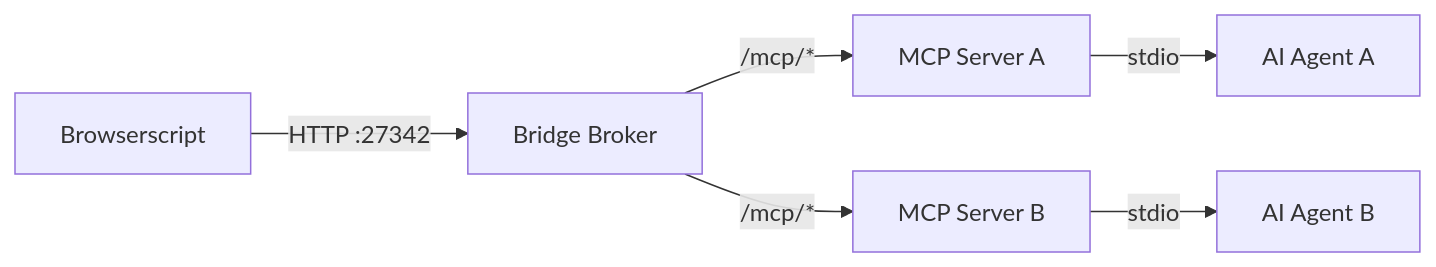
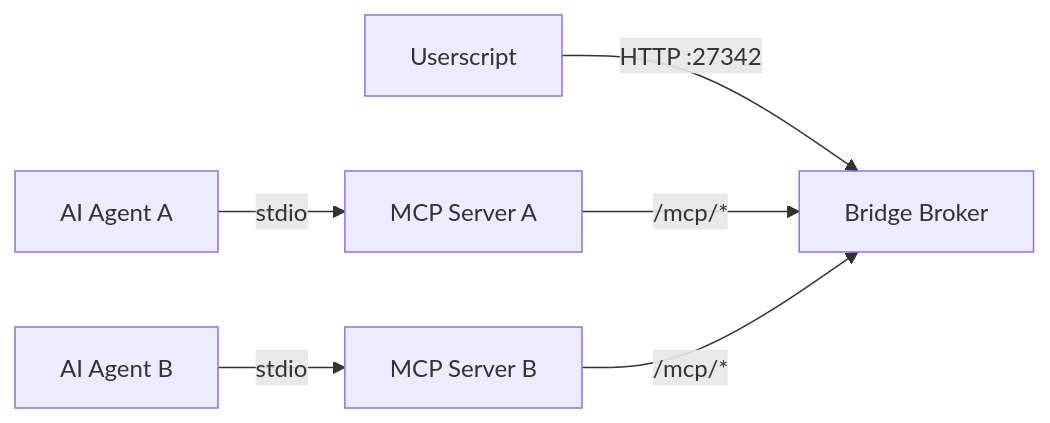
Before and after one commit to comicchang/iitc-mcp: the second of 2 diagrams in README.md, drawn with Mermaid. The commit also changed other lines of this file, not shown here.

Commit message:
fix: mermaid 图表分隔符

````diff
--- a/README.md
+++ b/README.md
@@ -156,8 +156,8 @@
 ```mermaid
 graph LR
-    US[Browserscript] -->|HTTP :27342| BR[Bridge Broker]
-    BR -->|/mcp/*| MCP_A[MCP Server A]
-    BR -->|/mcp/*| MCP_B[MCP Server B]
-    MCP_A -->|stdio| AGENT_A[AI Agent A]
-    MCP_B -->|stdio| AGENT_B[AI Agent B]
+    US[Userscript] -->|HTTP :27342| BR[Bridge Broker]
+    MCP_A[MCP Server A] -->|/mcp/*| BR
+    MCP_B[MCP Server B] -->|/mcp/*| BR
+    AGENT_A[AI Agent A] -->|stdio| MCP_A
+    AGENT_B[AI Agent B] -->|stdio| MCP_B
 ```
````
